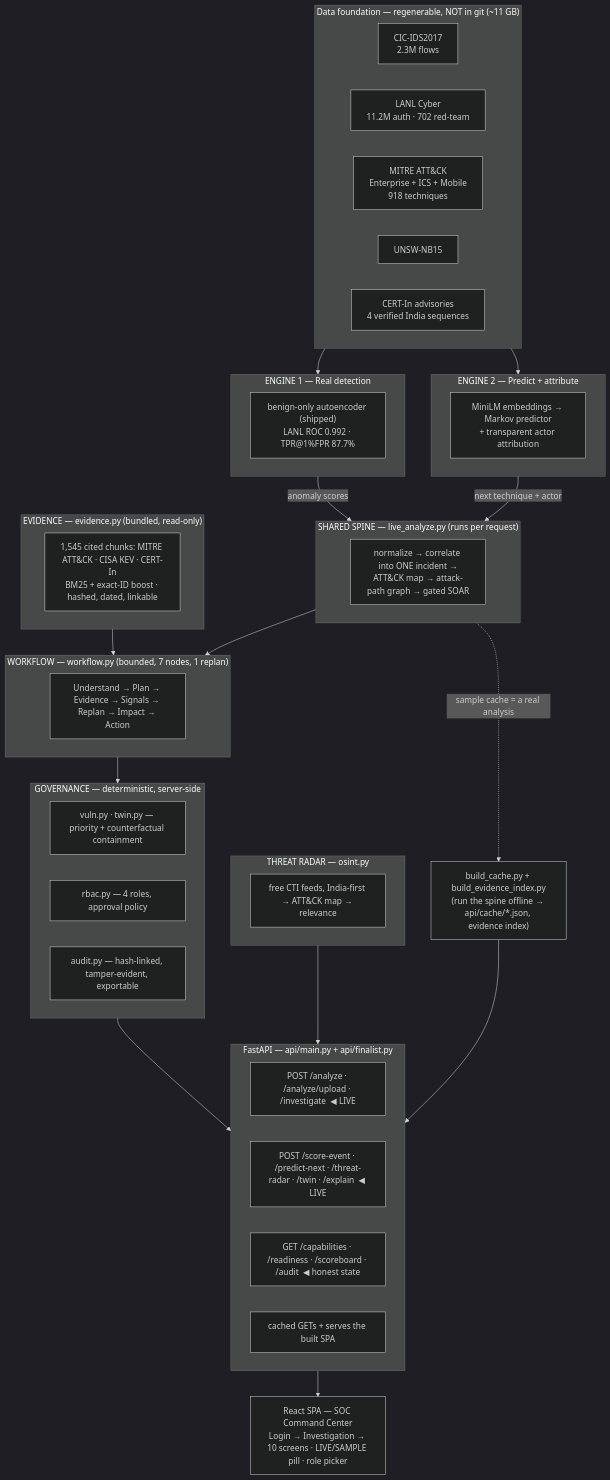
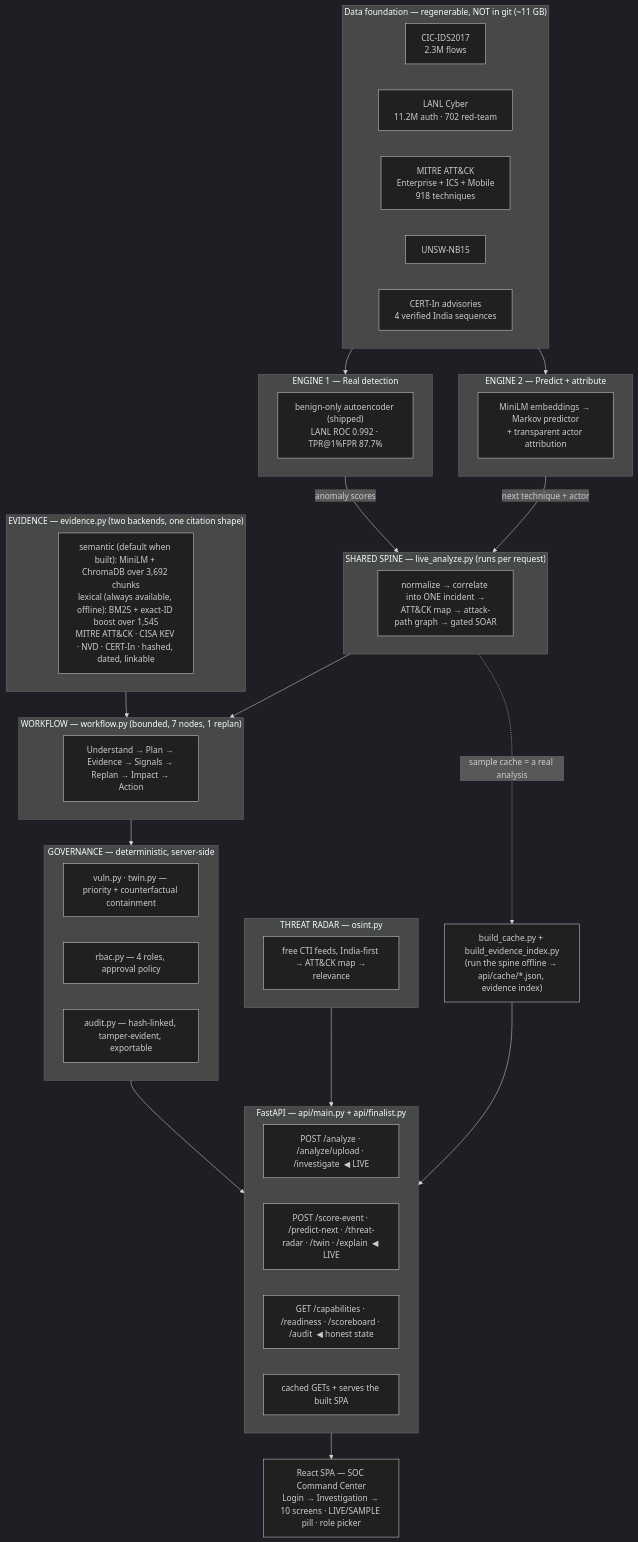
Before and after one commit to RishiiGamer2201/resilience-graph-ai: the diagram in README.md, drawn with Mermaid (dark theme). The commit also changed 19 other files, not shown here.

First line of the commit message:
feat(retrieval): semantic retrieval leads, lexical becomes the fallback

````diff
--- a/README.md
+++ b/README.md
@@ -80,62 +80,62 @@
 ```mermaid
 flowchart TB
   subgraph DATA["Data foundation — regenerable, NOT in git (~11 GB)"]
     CIC["CIC-IDS2017<br/>2.3M flows"]
     LANL["LANL Cyber<br/>11.2M auth · 702 red-team"]
     ATTACK["MITRE ATT&CK<br/>Enterprise + ICS + Mobile<br/>918 techniques"]
     UNSW["UNSW-NB15"]
     CERTIN["CERT-In advisories<br/>4 verified India sequences"]
   end
 
   subgraph E1["ENGINE 1 — Real detection"]
     IF["benign-only autoencoder (shipped)<br/>LANL ROC 0.992 · TPR@1%FPR 87.7%"]
   end
   subgraph E2["ENGINE 2 — Predict + attribute"]
     PRED["MiniLM embeddings → Markov predictor<br/>+ transparent actor attribution"]
   end
 
   DATA --> E1
   DATA --> E2
 
   subgraph SPINE["SHARED SPINE — live_analyze.py (runs per request)"]
     S["normalize → correlate into ONE incident →<br/>ATT&CK map → attack-path graph → gated SOAR"]
   end
   E1 -- "anomaly scores" --> SPINE
   E2 -- "next technique + actor" --> SPINE
 
   subgraph RADAR["THREAT RADAR — osint.py"]
     FEEDS["free CTI feeds, India-first → ATT&CK map → relevance"]
   end
 
-  subgraph EV["EVIDENCE — evidence.py (bundled, read-only)"]
-    IDX["1,545 cited chunks: MITRE ATT&CK · CISA KEV · CERT-In<br/>BM25 + exact-ID boost · hashed, dated, linkable"]
+  subgraph EV["EVIDENCE — evidence.py (two backends, one citation shape)"]
+    IDX["semantic (default when built): MiniLM + ChromaDB over 3,692 chunks<br/>lexical (always available, offline): BM25 + exact-ID boost over 1,545<br/>MITRE ATT&CK · CISA KEV · NVD · CERT-In · hashed, dated, linkable"]
   end
 
   subgraph GOV["GOVERNANCE — deterministic, server-side"]
     G1["vuln.py · twin.py — priority + counterfactual containment"]
     G2["rbac.py — 4 roles, approval policy"]
     G3["audit.py — hash-linked, tamper-evident, exportable"]
   end
 
   subgraph WF["WORKFLOW — workflow.py (bounded, 7 nodes, 1 replan)"]
     W["Understand → Plan → Evidence → Signals → Replan → Impact → Action"]
   end
 
   SPINE --> WF
   EV --> WF
   WF --> GOV
   RADAR --> API
   GOV --> API
   BUILD["build_cache.py + build_evidence_index.py<br/>(run the spine offline → api/cache/*.json, evidence index)"]
   SPINE -. "sample cache = a real analysis" .-> BUILD
   BUILD --> API
 
   subgraph API["FastAPI — api/main.py + api/finalist.py"]
     A1["POST /analyze · /analyze/upload · /investigate  ◀ LIVE"]
     A2["POST /score-event · /predict-next · /threat-radar · /twin · /explain  ◀ LIVE"]
     A3["GET /capabilities · /readiness · /scoreboard · /audit  ◀ honest state"]
     A4["cached GETs + serves the built SPA"]
   end
 
   API --> SPA["React SPA — SOC Command Center<br/>Login → Investigation → 10 screens · LIVE/SAMPLE pill · role picker"]
 ```
````
